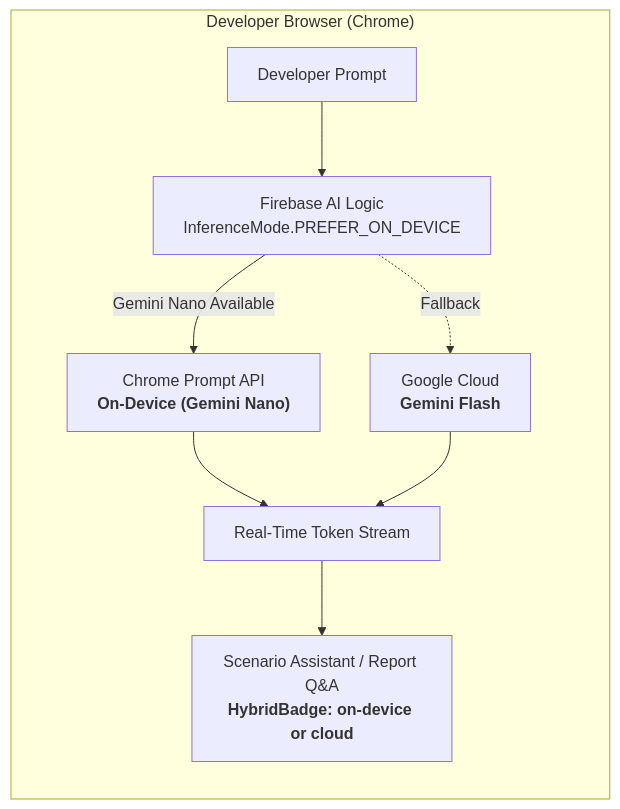
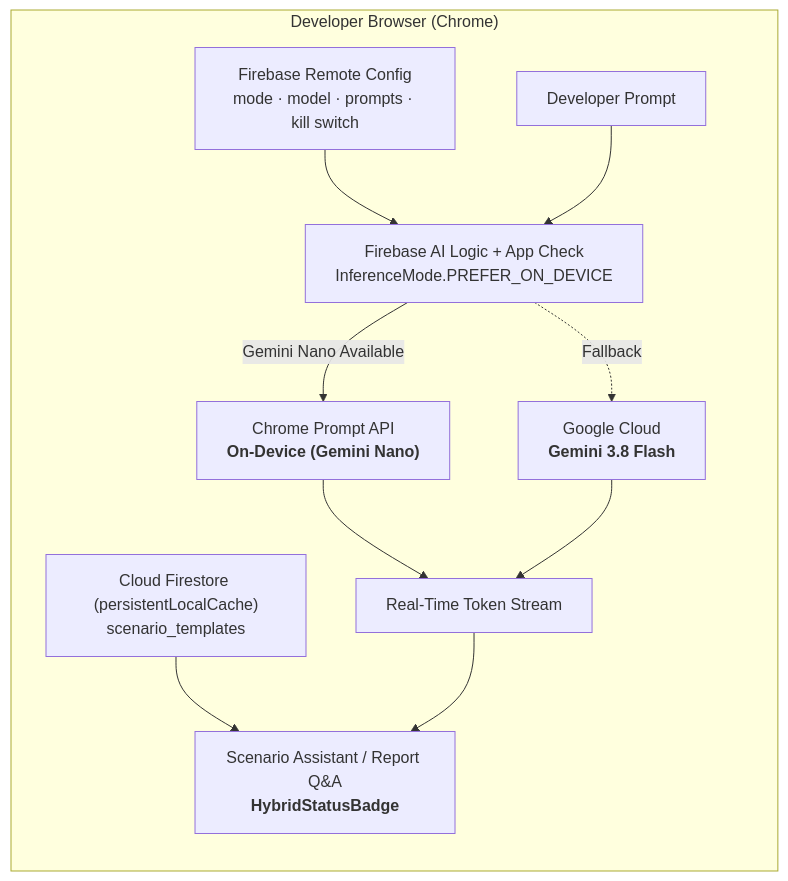
The second of 2 diagrams in README.md (mbayue/macro), drawn with Mermaid before and after one commit. The commit also changed other lines of this file and 4 other files, not shown here.

Commit message:
docs: sync architecture, ADR-0001, README, and privacy policy with Firebase Remote Config and Firestore

````diff
--- a/README.md
+++ b/README.md
@@ -60,11 +60,13 @@
 ```mermaid
 flowchart LR
   subgraph Client["Developer Browser (Chrome)"]
-    U[Developer Prompt] --> SDK["Firebase AI Logic<br/>InferenceMode.PREFER_ON_DEVICE"]
+    RC["Firebase Remote Config<br/>mode · model · prompts · kill switch"] --> SDK
+    FS["Cloud Firestore (persistentLocalCache)<br/>scenario_templates"] --> UI
+    U[Developer Prompt] --> SDK["Firebase AI Logic + App Check<br/>InferenceMode.PREFER_ON_DEVICE"]
     SDK -->|Gemini Nano Available| NANO["Chrome Prompt API<br/><b>On-Device (Gemini Nano)</b>"]
-    SDK -.->|Fallback| CLOUD["Google Cloud<br/><b>Gemini Flash</b>"]
+    SDK -.->|Fallback| CLOUD["Google Cloud<br/><b>Gemini 3.8 Flash</b>"]
     NANO --> STREAM["Real-Time Token Stream"]
     CLOUD --> STREAM
-    STREAM --> UI["Scenario Assistant / Report Q&A<br/><b>HybridBadge: on-device or cloud</b>"]
+    STREAM --> UI["Scenario Assistant / Report Q&A<br/><b>HybridStatusBadge</b>"]
   end
 ```
````
